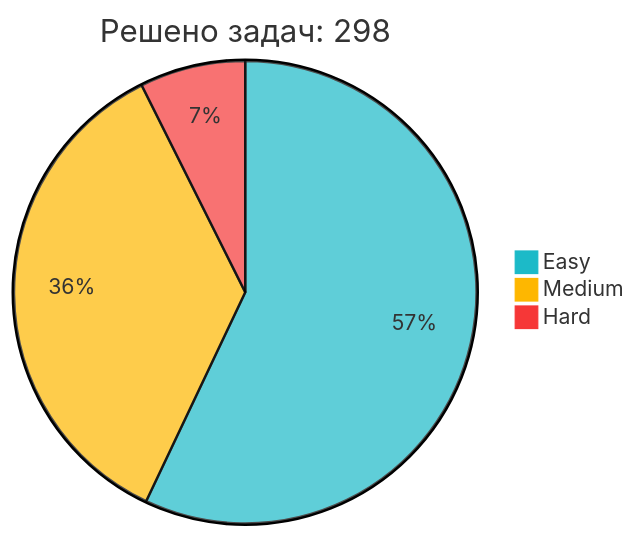
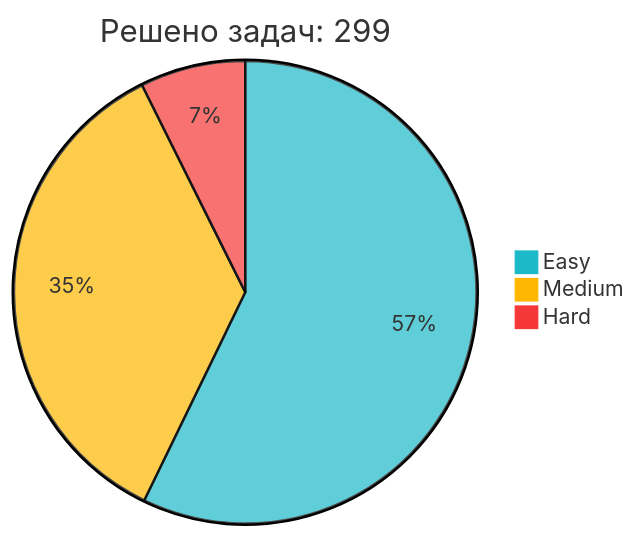
The diagram in README.md (IliaKurdukov/IliaKurdukov), drawn with Mermaid before and after one commit. The commit also changed other lines of this file, not shown here.

Commit message:
📈 Обновление статистики LeetCode

````diff
--- a/README.md
+++ b/README.md
@@ -51,7 +51,7 @@
 ```mermaid
 %%{init: {'theme': 'base', 'themeVariables': { 'pie1': '#1CBAC8', 'pie2': '#FEB700', 'pie3': '#F63737' }, 'config': {'width': 300, 'height': 200}}}%%
-pie title Решено задач: 298
-   "Easy" : 170
+pie title Решено задач: 299
+   "Easy" : 171
    "Medium" : 106
    "Hard" : 22
 ```
````
